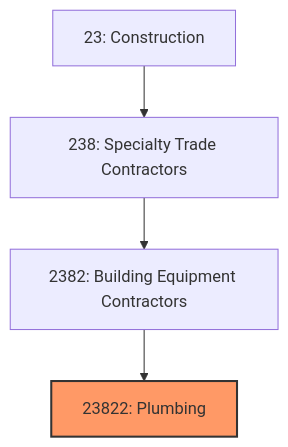
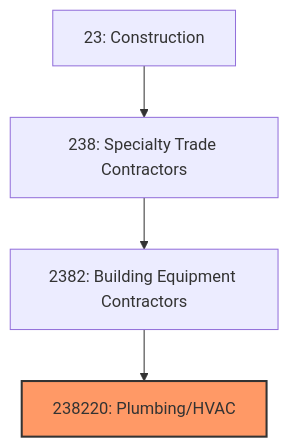
The first of 3 diagrams in industries/Construction/SpecialtyTradeContractors/BuildingEquipmentContractors/Plumbing.mdx (kziemski/business.org.ai), drawn with Mermaid before and after one commit. The commit also changed other lines of this file and 20 other files, not shown here.

````diff
--- a/industries/Construction/SpecialtyTradeContractors/BuildingEquipmentContractors/Plumbing.mdx
+++ b/industries/Construction/SpecialtyTradeContractors/BuildingEquipmentContractors/Plumbing.mdx
@@ -20,8 +36,8 @@
 ```mermaid
 graph TD
     S23["23: Construction"]
     S23 --> N238["238: Specialty Trade Contractors"]
     N238 --> N2382["2382: Building Equipment Contractors"]
-    N2382 --> N23822["23822: Plumbing"]
-    style N23822 fill:#f96,stroke:#333,stroke-width:2px
+    N2382 --> N238220["238220: Plumbing/HVAC"]
+    style N238220 fill:#f96,stroke:#333,stroke-width:2px
 ```
````
